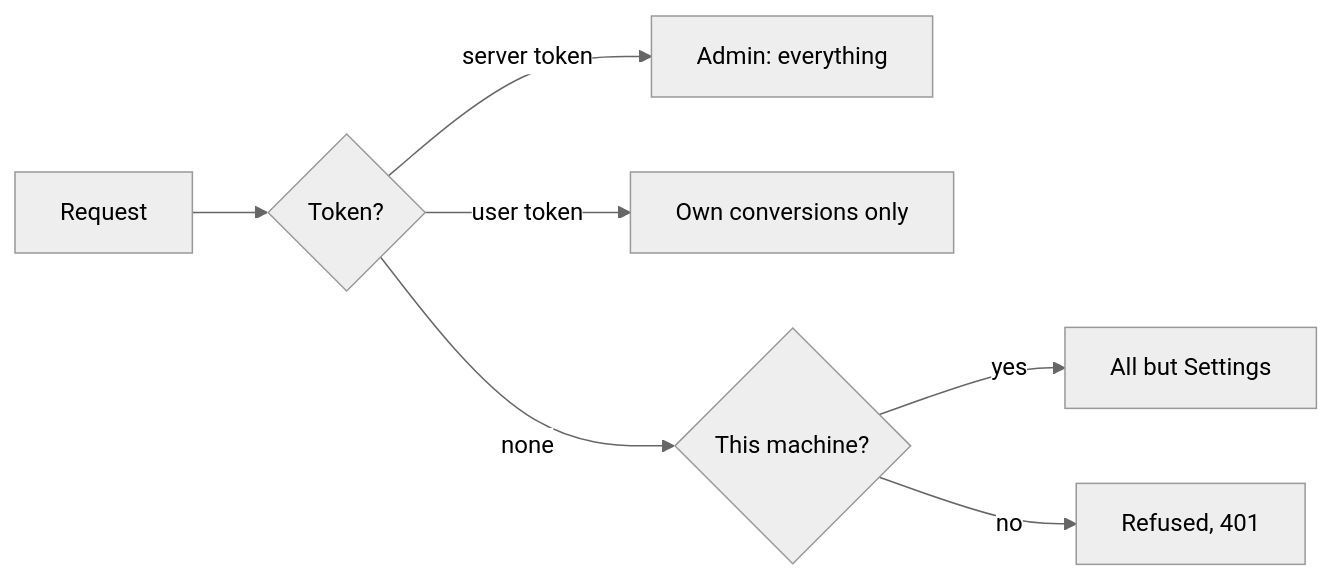
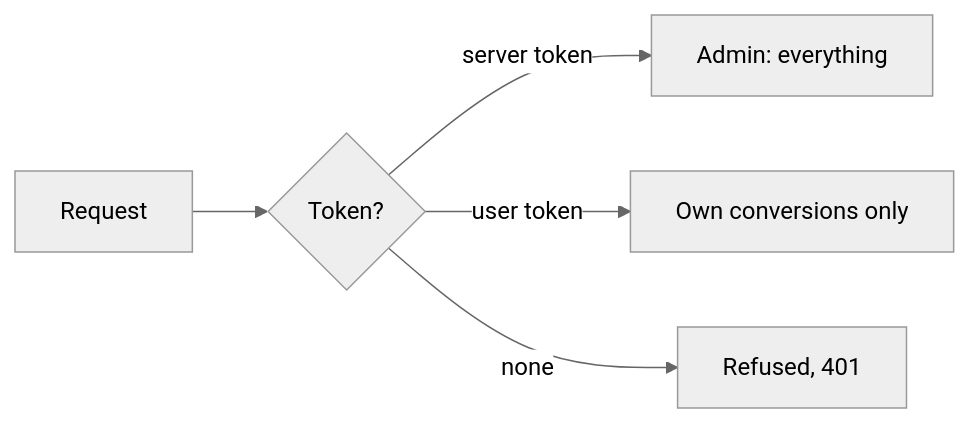
Before and after one commit to Ynewtime/markitai: the first of 2 diagrams in website/guide/serve.md, drawn with Mermaid (neutral theme). The commit also changed other lines of this file and 38 other files, not shown here.

````diff
--- a/website/guide/serve.md
+++ b/website/guide/serve.md
@@ -40,9 +38,7 @@
 ```mermaid
 flowchart LR
   R[Request] --> T{Token?}
   T -->|server token| A[Admin: everything]
   T -->|user token| U[Own conversions only]
-  T -->|none| L{This machine?}
-  L -->|yes| A2[All but Settings]
-  L -->|no| N[Refused, 401]
+  T -->|none| N[Refused, 401]
 ```
````
